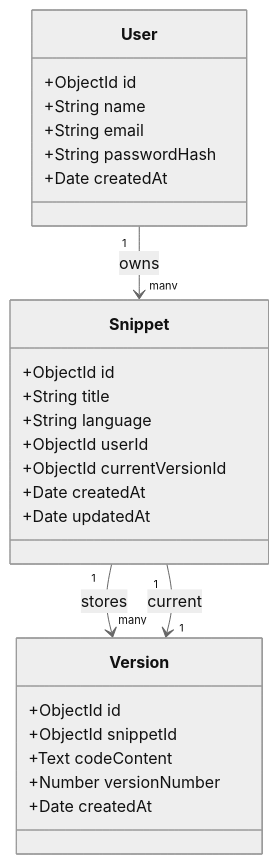
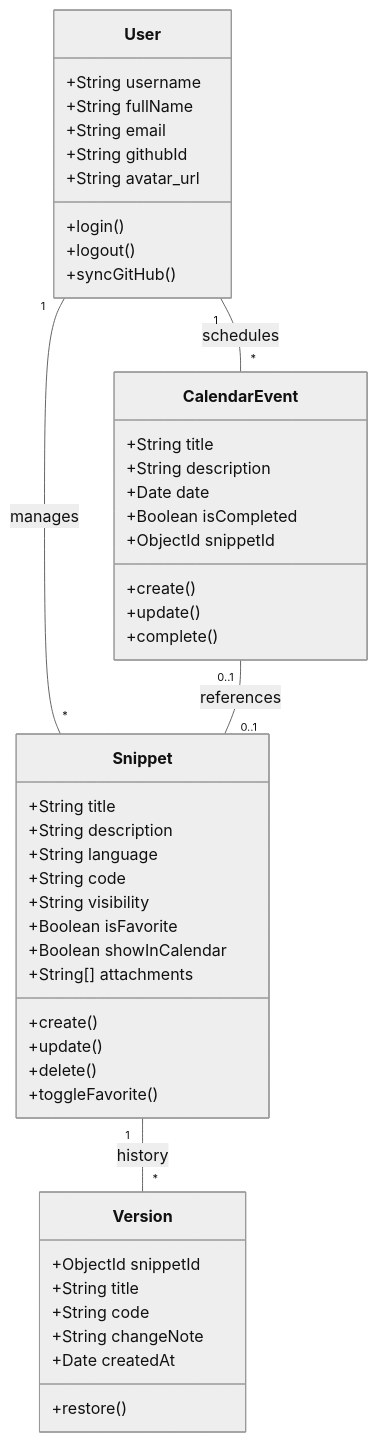
One commit to mahi656/Code-Snippet changed the diagram in classDiagram.md. Above: the diagram before and after it, drawn with Mermaid (neutral theme). The commit also changed 5 other files, not shown here.

Commit message:
docs: update diagrams in markdown files

````diff
--- a/classDiagram.md
+++ b/classDiagram.md
@@ -1,33 +1,53 @@
 ```mermaid
 classDiagram
+    class User {
+        +String username
+        +String fullName
+        +String email
+        +String githubId
+        +String avatar_url
+        +login()
+        +logout()
+        +syncGitHub()
+    }
 
-class User {
-  +ObjectId id
-  +String name
-  +String email
-  +String passwordHash
-  +Date createdAt
-}
+    class Snippet {
+        +String title
+        +String description
+        +String language
+        +String code
+        +String visibility
+        +Boolean isFavorite
+        +Boolean showInCalendar
+        +String[] attachments
+        +create()
+        +update()
+        +delete()
+        +toggleFavorite()
+    }
 
-class Snippet {
-  +ObjectId id
-  +String title
-  +String language
-  +ObjectId userId
-  +ObjectId currentVersionId
-  +Date createdAt
-  +Date updatedAt
-}
+    class Version {
+        +ObjectId snippetId
+        +String title
+        +String code
+        +String changeNote
+        +Date createdAt
+        +restore()
+    }
 
-class Version {
-  +ObjectId id
-  +ObjectId snippetId
-  +Text codeContent
-  +Number versionNumber
-  +Date createdAt
-}
+    class CalendarEvent {
+        +String title
+        +String description
+        +Date date
+        +Boolean isCompleted
+        +ObjectId snippetId
+        +create()
+        +update()
+        +complete()
+    }
 
-User "1" --> "many" Snippet : owns
-Snippet "1" --> "many" Version : stores
-Snippet "1" --> "1" Version : current
+    User "1" -- "*" Snippet : manages
+    User "1" -- "*" CalendarEvent : schedules
+    Snippet "1" -- "*" Version : history
+    CalendarEvent "0..1" -- "0..1" Snippet : references
 ```
````
